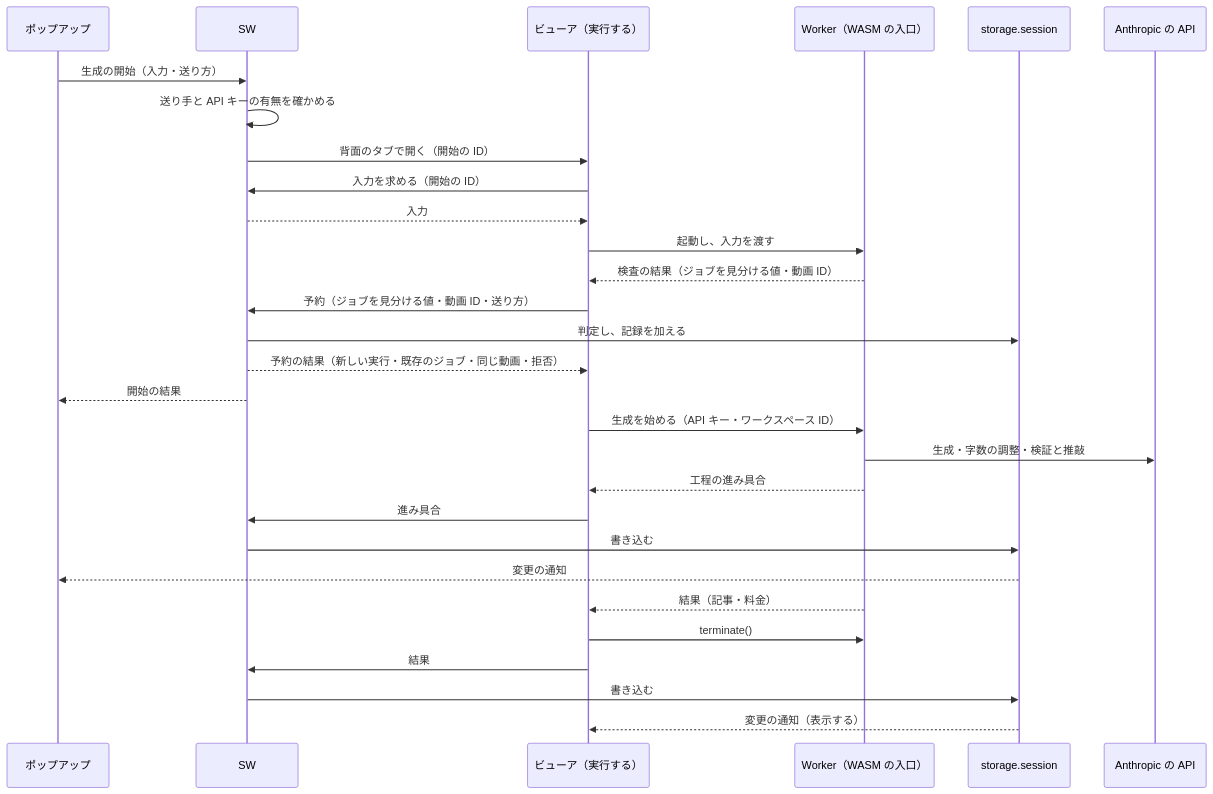
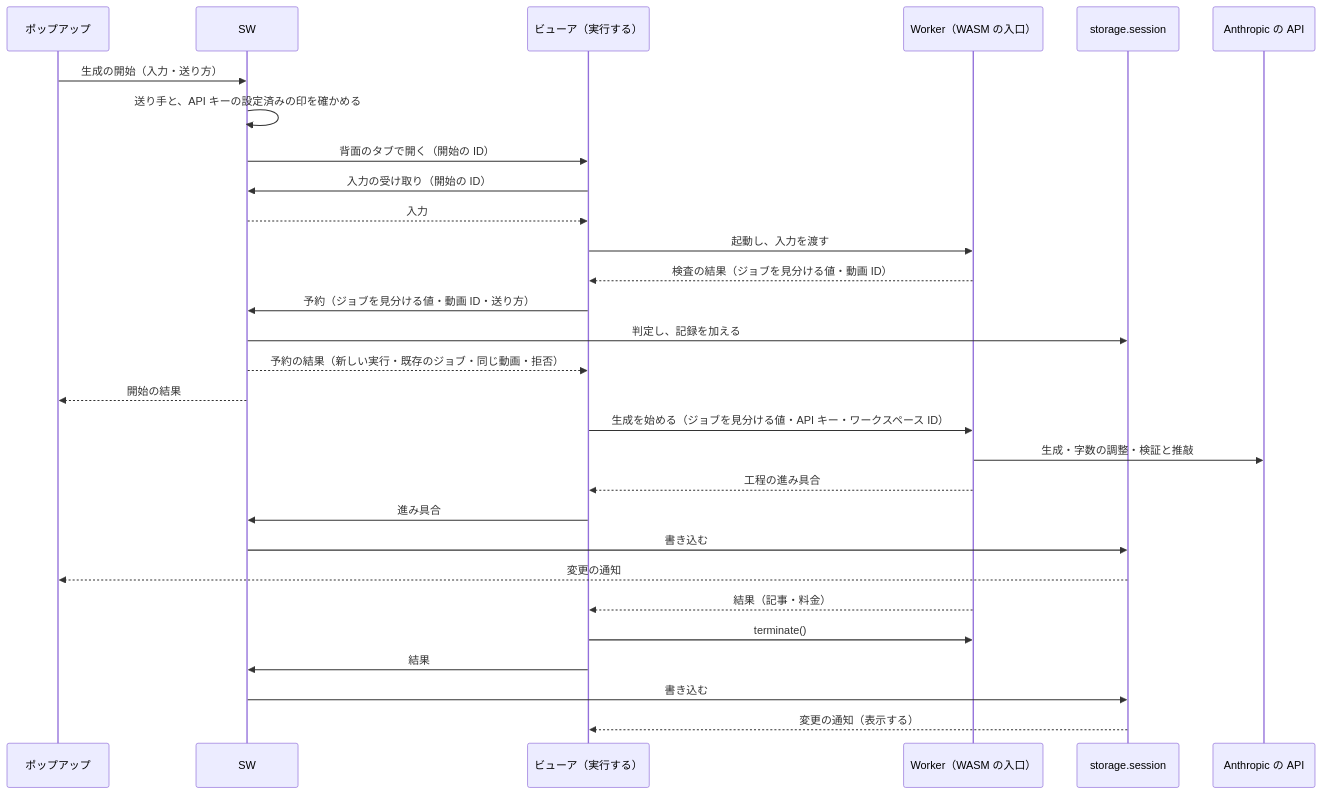
One commit to isseis/yt2column changed the fourth of 9 diagrams in docs/tasks/0090_extension_only_architecture/02_architecture.md. Above: the diagram before and after it, drawn with Mermaid. The commit also changed other lines of this file and 15 other files, not shown here.

First line of the commit message:
docs(0090): apply the panel review and the prose pass to the architecture

````diff
--- a/docs/tasks/0090_extension_only_architecture/02_architecture.md
+++ b/docs/tasks/0090_extension_only_architecture/02_architecture.md
@@ -218,32 +225,32 @@
 ```mermaid
 sequenceDiagram
     participant P as ポップアップ
     participant S as SW
     participant V as ビューア（実行する）
     participant W as Worker（WASM の入口）
     participant SS as storage.session
     participant A as Anthropic の API
 
     P->>S: 生成の開始（入力・送り方）
-    S->>S: 送り手と API キーの有無を確かめる
+    S->>S: 送り手と、API キーの設定済みの印を確かめる
     S->>V: 背面のタブで開く（開始の ID）
-    V->>S: 入力を求める（開始の ID）
+    V->>S: 入力の受け取り（開始の ID）
     S-->>V: 入力
     V->>W: 起動し、入力を渡す
     W-->>V: 検査の結果（ジョブを見分ける値・動画 ID）
     V->>S: 予約（ジョブを見分ける値・動画 ID・送り方）
     S->>SS: 判定し、記録を加える
     S-->>V: 予約の結果（新しい実行・既存のジョブ・同じ動画・拒否）
     S-->>P: 開始の結果
-    V->>W: 生成を始める（API キー・ワークスペース ID）
+    V->>W: 生成を始める（ジョブを見分ける値・API キー・ワークスペース ID）
     W->>A: 生成・字数の調整・検証と推敲
     W-->>V: 工程の進み具合
     V->>S: 進み具合
     S->>SS: 書き込む
     SS-->>P: 変更の通知
     W-->>V: 結果（記事・料金）
     V->>W: terminate()
     V->>S: 結果
     S->>SS: 書き込む
     SS-->>V: 変更の通知（表示する）
 ```
````
